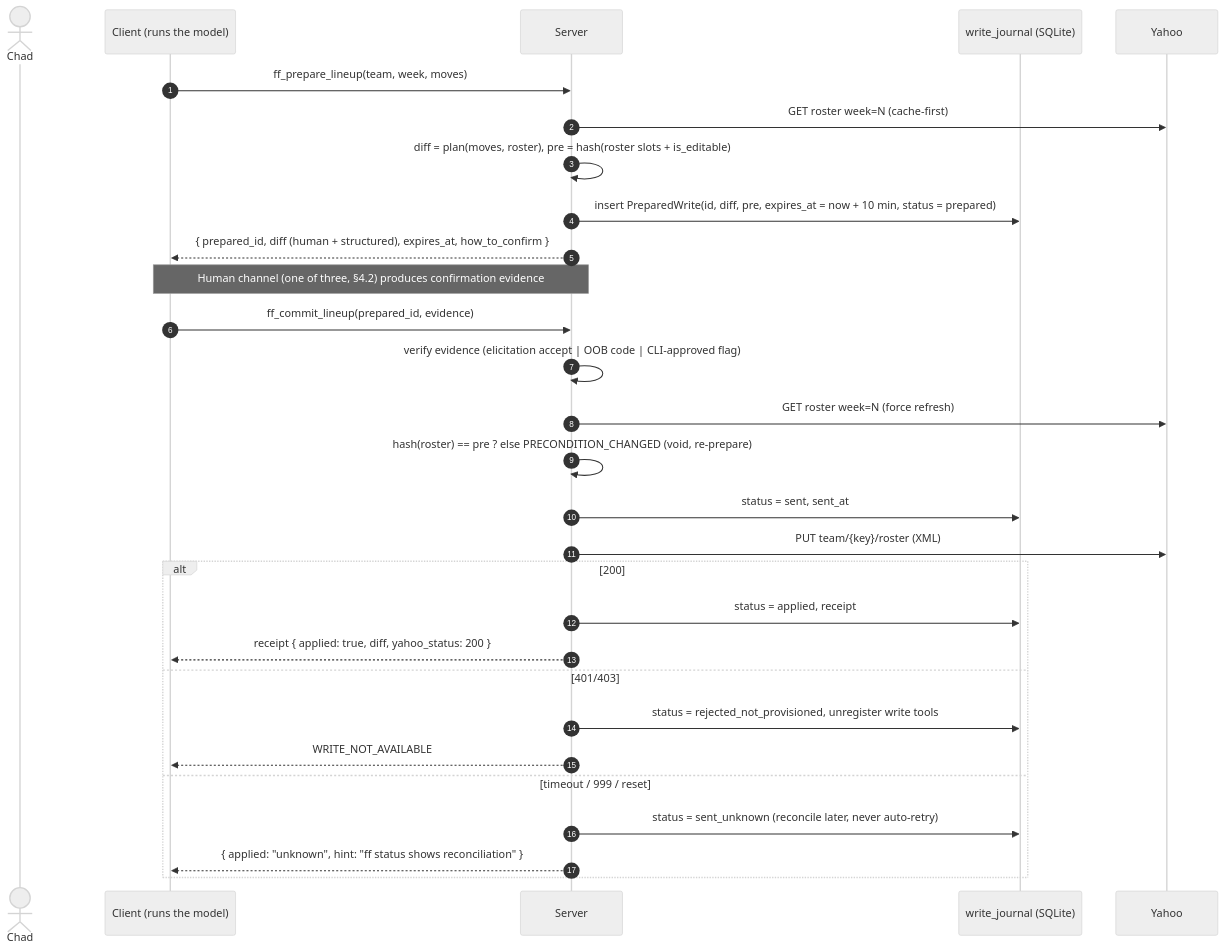
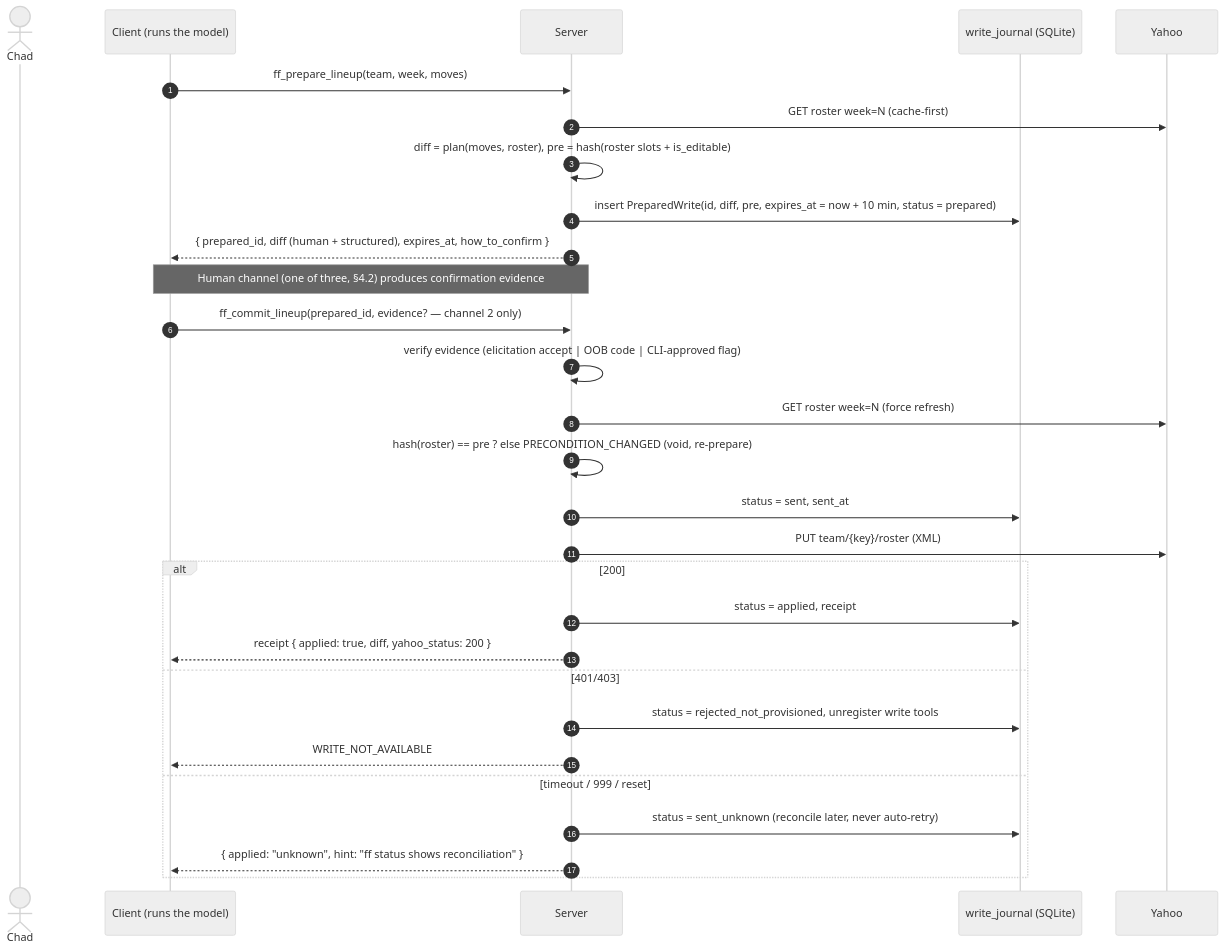
One commit to ChadPapineau/yahoo-fantasy-football-mcp changed the fourth of 4 diagrams in docs/plan/02-security-architecture.md. Above: the diagram before and after it, drawn with Mermaid (neutral theme). The commit also changed other lines of this file and 7 other files, not shown here.

````diff
--- a/docs/plan/02-security-architecture.md
+++ b/docs/plan/02-security-architecture.md
@@ -226,32 +226,32 @@
 ```mermaid
 sequenceDiagram
     autonumber
     actor U as Chad
     participant C as Client (runs the model)
     participant S as Server
     participant J as write_journal (SQLite)
     participant Y as Yahoo
 
     C->>S: ff_prepare_lineup(team, week, moves)
     S->>Y: GET roster week=N (cache-first)
     S->>S: diff = plan(moves, roster), pre = hash(roster slots + is_editable)
     S->>J: insert PreparedWrite(id, diff, pre, expires_at = now + 10 min, status = prepared)
     S-->>C: { prepared_id, diff (human + structured), expires_at, how_to_confirm }
     Note over C,S: Human channel (one of three, §4.2) produces confirmation evidence
-    C->>S: ff_commit_lineup(prepared_id, evidence)
+    C->>S: ff_commit_lineup(prepared_id, evidence? — channel 2 only)
     S->>S: verify evidence (elicitation accept | OOB code | CLI-approved flag)
     S->>Y: GET roster week=N (force refresh)
     S->>S: hash(roster) == pre ? else PRECONDITION_CHANGED (void, re-prepare)
     S->>J: status = sent, sent_at
     S->>Y: PUT team/{key}/roster (XML)
     alt 200
         S->>J: status = applied, receipt
         S-->>C: receipt { applied: true, diff, yahoo_status: 200 }
     else 401/403
         S->>J: status = rejected_not_provisioned, unregister write tools
         S-->>C: WRITE_NOT_AVAILABLE
     else timeout / 999 / reset
         S->>J: status = sent_unknown (reconcile later, never auto-retry)
         S-->>C: { applied: "unknown", hint: "ff status shows reconciliation" }
     end
 ```
````
